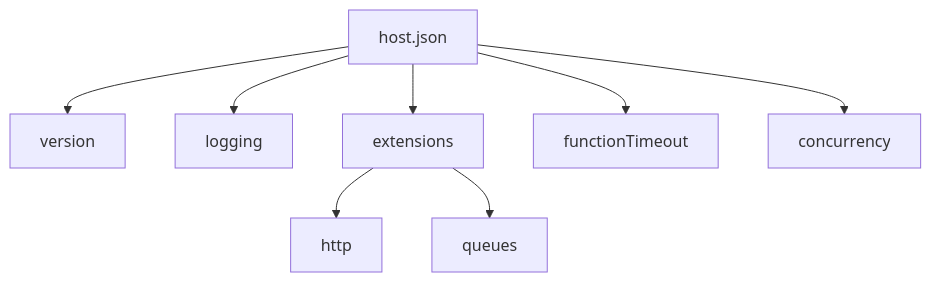
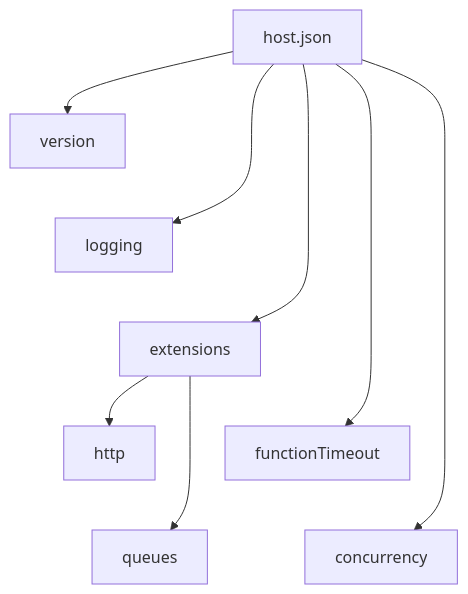
The diagram in docs/reference/host-json.md (yeongseon/azure-functions-practical-guide), drawn with Mermaid before and after one commit. The commit also changed other lines of this file and 1 other file, not shown here.

Commit message:
docs(diagrams): improve the host.json reference map (#551)
Tier the existing property groups without adding relationships and clarify configuration scope and the named host override pattern.

Refs #374

````diff
--- a/docs/reference/host-json.md
+++ b/docs/reference/host-json.md
@@ -20,10 +20,15 @@
 ```mermaid
 flowchart TD
+    accTitle: host.json reference property map
+    accDescr: host.json connects to version, logging, extensions, functionTimeout and concurrency; extensions connects to http and queues. These are selected reference groups, not execution stages or Azure components.
     H[host.json] --> V[version]
     H --> L[logging]
     H --> E[extensions]
     H --> T[functionTimeout]
     H --> C[concurrency]
     E --> HTTP[http]
     E --> Q[queues]
+    %% Layout-only tiers: add no property relationship or execution stage.
+    V ~~~ L ~~~ E ~~~ T ~~~ C
+    HTTP ~~~ Q
 ```
````
